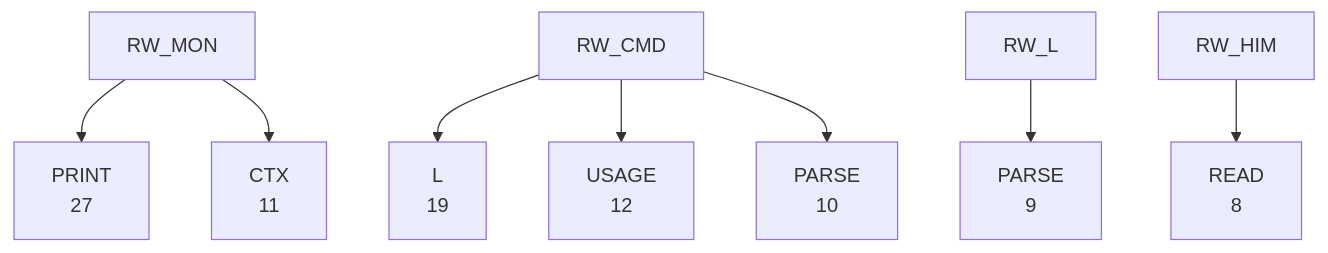
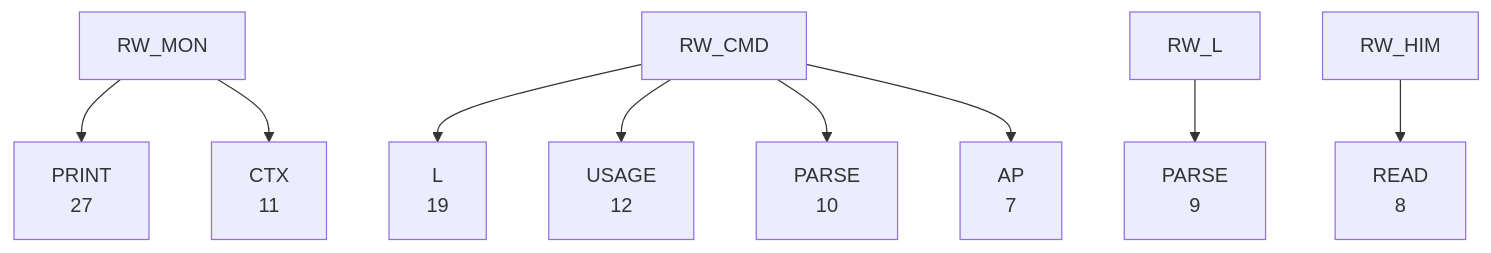
Before and after one commit to 95westus/R-YORS: the third of 6 diagrams in DOC/GENERATED/ROUTINE_WORD_TREE.md, drawn with Mermaid. The commit also changed other lines of this file and 35 other files, not shown here.

````diff
--- a/DOC/GENERATED/ROUTINE_WORD_TREE.md
+++ b/DOC/GENERATED/ROUTINE_WORD_TREE.md
@@ -46,10 +46,11 @@
 ```mermaid
 flowchart TD
     RW_MON --> RW_MON_PRINT["PRINT<br/>27"]
     RW_CMD --> RW_CMD_L["L<br/>19"]
     RW_CMD --> RW_CMD_USAGE["USAGE<br/>12"]
     RW_MON --> RW_MON_CTX["CTX<br/>11"]
     RW_CMD --> RW_CMD_PARSE["PARSE<br/>10"]
     RW_L --> RW_L_PARSE["PARSE<br/>9"]
     RW_HIM --> RW_HIM_READ["READ<br/>8"]
+    RW_CMD --> RW_CMD_AP["AP<br/>7"]
 ```
````
